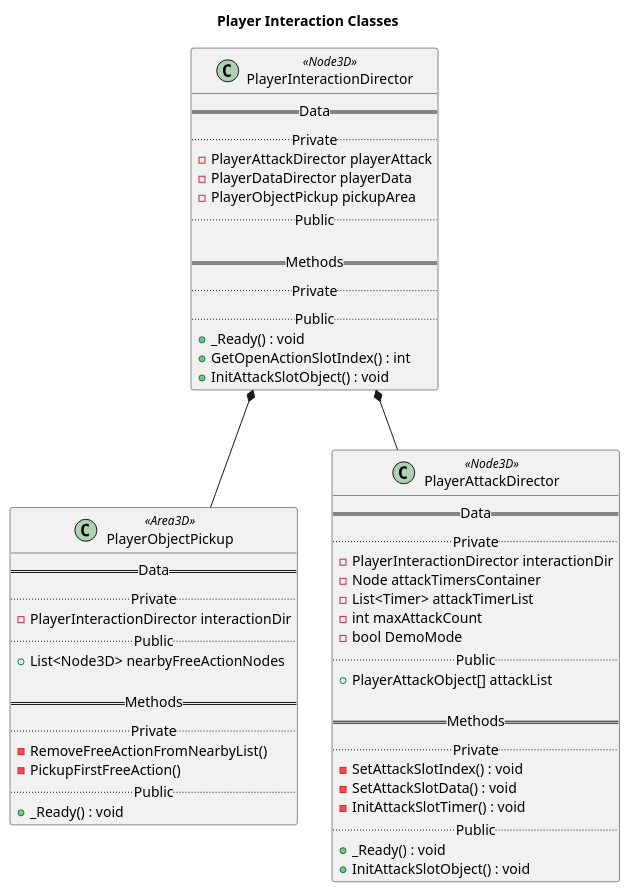
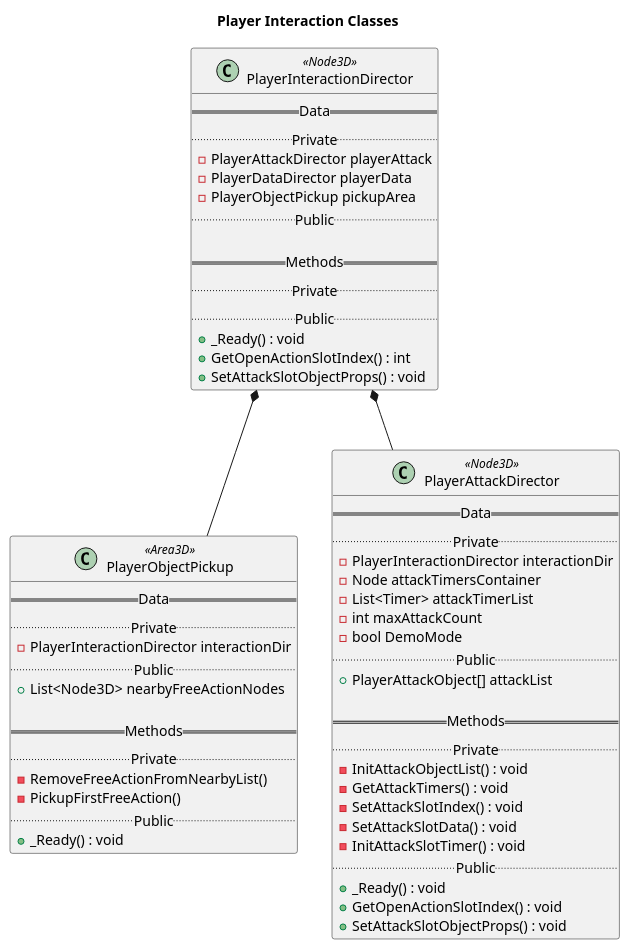
One commit to kjtkanaly/Roguelike-Shoot-Em-Up changed the diagram in UML-Diagrams/src/Player-Interaction-Classes.puml. Above: the diagram before and after it, drawn with PlantUML. The commit also changed 10 other files, not shown here.

Commit message:
Diagram updates. Renamed a few methods. Added resources dir for player attack data files

```diff
--- a/UML-Diagrams/src/Player-Interaction-Classes.puml
+++ b/UML-Diagrams/src/Player-Interaction-Classes.puml
@@ -1,60 +1,63 @@
 @startuml Player Interaction Classes
 title Player Interaction Classes
 
 class PlayerInteractionDirector <<Node3D>>{
     == Data ==
     .. Private ..
     - PlayerAttackDirector playerAttack
     - PlayerDataDirector playerData
     - PlayerObjectPickup pickupArea
     .. Public ..
 
     == Methods ==
     .. Private ..
     .. Public ..
     + _Ready() : void
     + GetOpenActionSlotIndex() : int
-    + InitAttackSlotObject() : void
+    + SetAttackSlotObjectProps() : void
 }
 
 class PlayerObjectPickup <<Area3D>> {
     == Data ==
     .. Private ..
     - PlayerInteractionDirector interactionDir
     .. Public ..
     + List<Node3D> nearbyFreeActionNodes
 
     == Methods ==
     .. Private ..
     - RemoveFreeActionFromNearbyList()
     - PickupFirstFreeAction()
     .. Public ..
     + _Ready() : void
 }
 
 class PlayerAttackDirector <<Node3D>> {
     == Data ==
     .. Private ..
     - PlayerInteractionDirector interactionDir
     - Node attackTimersContainer
     - List<Timer> attackTimerList
     - int maxAttackCount
     - bool DemoMode
     .. Public ..
     + PlayerAttackObject[] attackList
 
     == Methods ==
     .. Private ..
+    - InitAttackObjectList() : void
+    - GetAttackTimers() : void
     - SetAttackSlotIndex() : void
     - SetAttackSlotData() : void
     - InitAttackSlotTimer() : void
     .. Public ..
     + _Ready() : void
-    + InitAttackSlotObject() : void
+    + GetOpenActionSlotIndex() : void
+    + SetAttackSlotObjectProps() : void
 }
 
 PlayerInteractionDirector *-- PlayerObjectPickup
 PlayerInteractionDirector *-- PlayerAttackDirector
 
 
 @enduml
```
